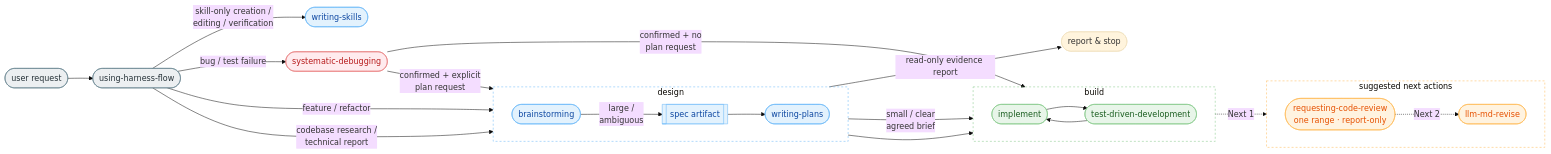
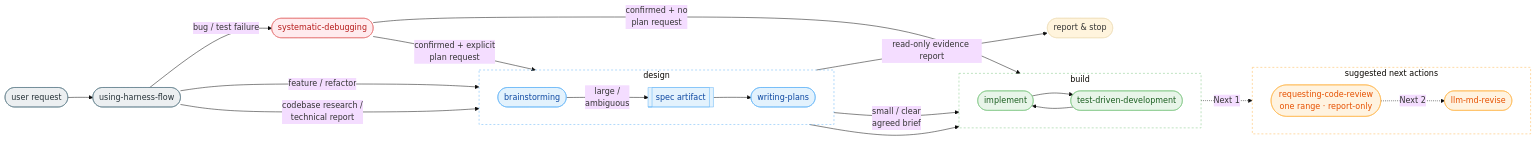
Before and after one commit to wonjinsin/harness-flow: the diagram in README.md, drawn with Mermaid (base theme). The commit also changed other lines of this file, not shown here.

Commit message:
docs: limit skill authoring overview to README entry

````diff
--- a/README.md
+++ b/README.md
@@ -42,54 +42,53 @@
 ```mermaid
 flowchart LR
     subgraph DESIGN [design]
         direction LR
         BS(["brainstorming"])
         SPEC[["spec artifact"]]
         WP(["writing-plans"])
         BS -- "large /<br/>ambiguous" --> SPEC --> WP
     end
 
     subgraph BUILD [build]
         direction LR
         IMPL(["implement"])
         TDD(["test-driven-development"])
         IMPL --> TDD --> IMPL
     end
 
     subgraph NEXT [suggested next actions]
         direction LR
         REVIEW(["requesting-code-review<br/>one range · report-only"])
         LMR(["llm-md-revise"])
         REVIEW -. "Next 2" .-> LMR
     end
 
     REQ(["user request"]) --> UHF(["using-harness-flow"])
-    UHF -- "skill-only creation /<br/>editing / verification" --> WS(["writing-skills"])
     UHF -- "feature / refactor" --> BS
     UHF -- "codebase research /<br/>technical report" --> BS
     UHF -- "bug / test failure" --> SD(["systematic-debugging"])
 
     BS -- "read-only evidence report" --> REPORT(["report & stop"])
     BS -- "small / clear<br/>agreed brief" --> IMPL
     WP --> IMPL
     SD -- "confirmed + explicit<br/>plan request" --> WP
     SD -- "confirmed + no<br/>plan request" --> IMPL
 
     IMPL -. "Next 1" .-> REVIEW
 
     classDef entry fill:#eceff1,stroke:#607d8b,color:#263238
     classDef design fill:#e3f2fd,stroke:#64b5f6,color:#0d47a1
     classDef build fill:#e8f5e9,stroke:#81c784,color:#1b5e20
     classDef ship fill:#fff3e0,stroke:#ffb74d,color:#e65100
     classDef debug fill:#ffebee,stroke:#e57373,color:#b71c1c
 
     class REQ,UHF entry
-    class BS,SPEC,WP,WS design
+    class BS,SPEC,WP design
     class TDD,IMPL build
     class REVIEW,LMR ship
     class SD debug
 
     style DESIGN fill:none,stroke:#64b5f6,stroke-dasharray:4 4
     style BUILD fill:none,stroke:#81c784,stroke-dasharray:4 4
     style NEXT fill:none,stroke:#ffb74d,stroke-dasharray:4 4
 ```
````
